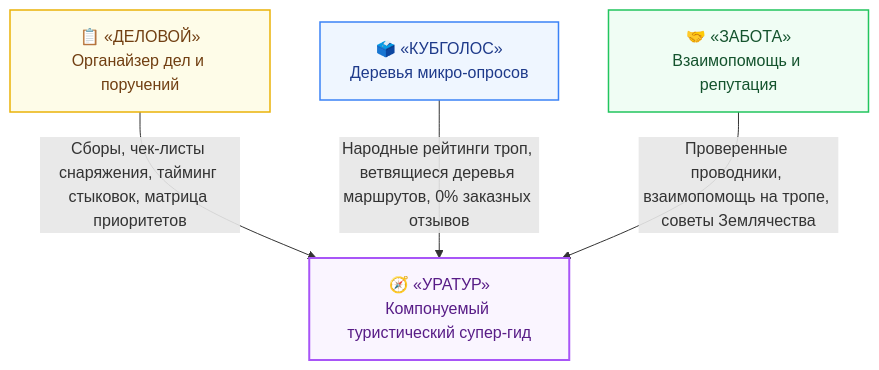
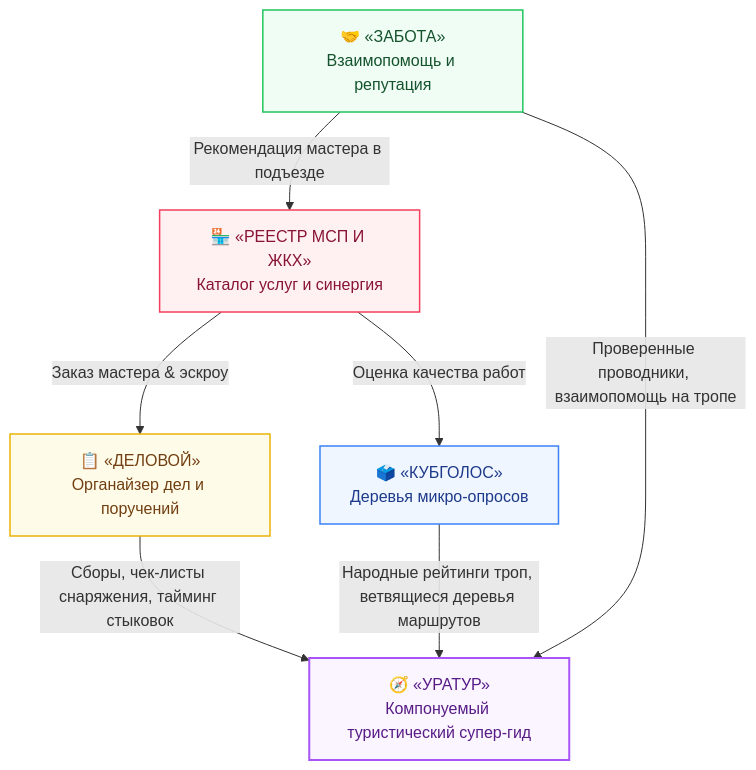
One commit to Data-Independence-Network/presentations changed the diagram in applications_presentations/turbase_applications_master_plan.md. Above: the diagram before and after it, drawn with Mermaid. The commit also changed other lines of this file and 3 other files, not shown here.

````diff
--- a/applications_presentations/turbase_applications_master_plan.md
+++ b/applications_presentations/turbase_applications_master_plan.md
@@ -44,17 +48,22 @@
 ```mermaid
 graph TD
     classDef base fill:#0f172a,stroke:#38bdf8,stroke-width:2px,color:#38bdf8;
     classDef app1 fill:#fefce8,stroke:#eab308,stroke-width:1.5px,color:#713f12;
     classDef app2 fill:#eff6ff,stroke:#3b82f6,stroke-width:1.5px,color:#1e3a8a;
     classDef app3 fill:#f0fdf4,stroke:#22c55e,stroke-width:1.5px,color:#14532d;
     classDef app4 fill:#faf5ff,stroke:#a855f7,stroke-width:2px,color:#581c87;
+    classDef app5 fill:#fff1f2,stroke:#f43f5e,stroke-width:1.5px,color:#881337;
 
     Delovoy["📋 «ДЕЛОВОЙ»<br>Органайзер дел и поручений"]:::app1
     KubGolos["🗳️ «КУБГОЛОС»<br>Деревья микро-опросов"]:::app2
     Zabota["🤝 «ЗАБОТА»<br>Взаимопомощь и репутация"]:::app3
     UraTur["🧭 «УРАТУР»<br>Компонуемый туристический супер-гид"]:::app4
+    Services["🏪 «РЕЕСТР МСП И ЖКХ»<br>Каталог услуг и синергия"]:::app5
 
-    Delovoy -->|"Сборы, чек-листы снаряжения, тайминг стыковок, матрица приоритетов"| UraTur
-    KubGolos -->|"Народные рейтинги троп, ветвящиеся деревья маршрутов, 0% заказных отзывов"| UraTur
-    Zabota -->|"Проверенные проводники, взаимопомощь на тропе, советы Землячества"| UraTur
+    Delovoy -->|"Сборы, чек-листы снаряжения, тайминг стыковок"| UraTur
+    KubGolos -->|"Народные рейтинги троп, ветвящиеся деревья маршрутов"| UraTur
+    Zabota -->|"Проверенные проводники, взаимопомощь на тропе"| UraTur
+    Zabota -->|"Рекомендация мастера в подъезде"| Services
+    Services -->|"Заказ мастера & эскроу"| Delovoy
+    Services -->|"Оценка качества работ"| KubGolos
 ```
````
